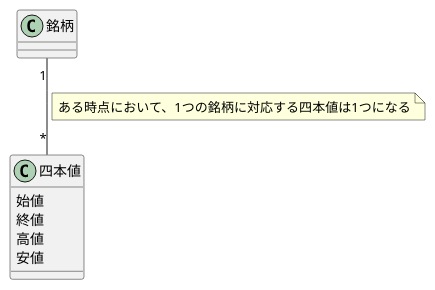
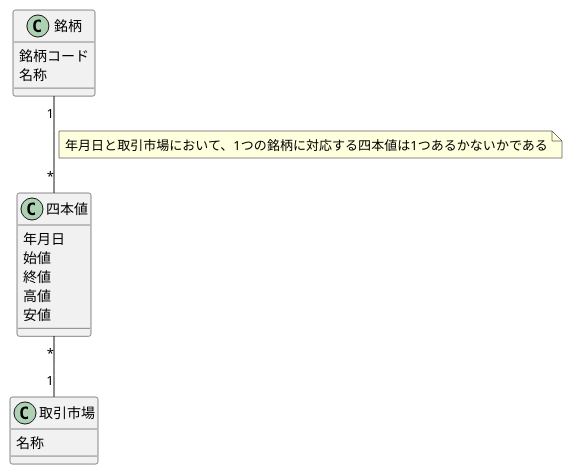
Before and after one commit to yinm/uml-modeling-lesson: the diagram in ch11/excercise/11-1.puml, drawn with PlantUML. The commit also changed 2 other files, not shown here.

```diff
--- a/ch11/excercise/11-1.puml
+++ b/ch11/excercise/11-1.puml
@@ -1,15 +1,25 @@
 @startuml
 
+class 銘柄 {
+  銘柄コード
+  名称
+}
+
 class 四本値 {
+  年月日
   始値
   終値
   高値
   安値
 }
 
-class 銘柄
+class 取引市場 {
+  名称
+}
 
 銘柄 "1"--"*" 四本値
-note on link : ある時点において、1つの銘柄に対応する四本値は1つになる
+note on link : 年月日と取引市場において、1つの銘柄に対応する四本値は1つあるかないかである
+
+四本値 "*"--"1" 取引市場
 
 @enduml
```
